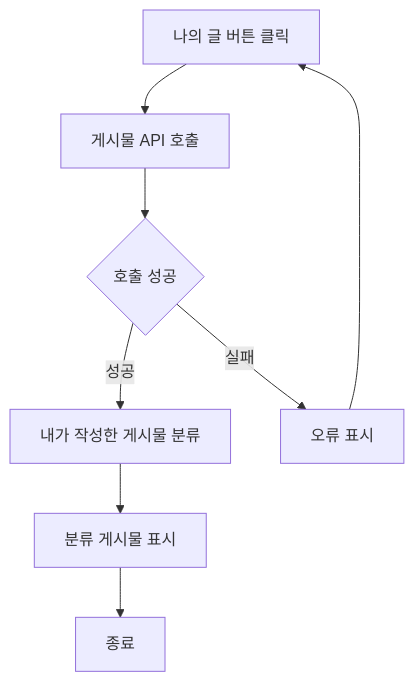
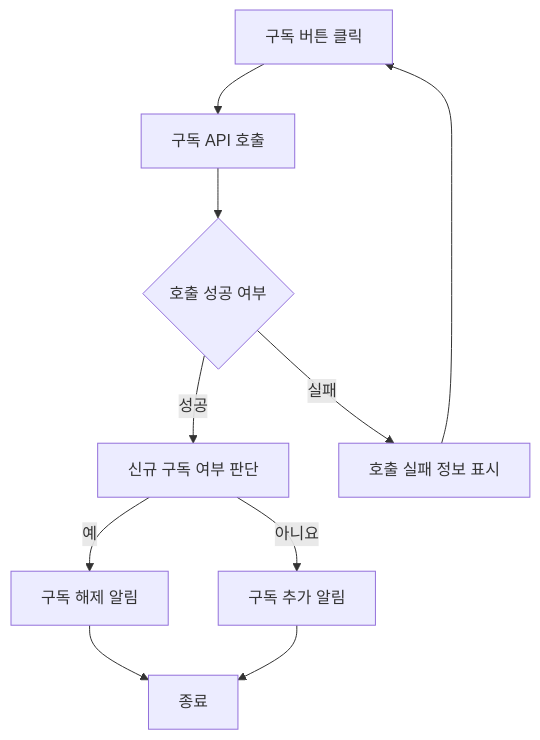
Diagram 37 of 40 in design/기능정의서.md (Dev-FE-2/3_swim_diary), drawn with Mermaid before and after one commit. The commit also changed other lines of this file and 1 other file, not shown here.

````diff
--- a/design/기능정의서.md
+++ b/design/기능정의서.md
@@ -502,10 +868,13 @@
     ```mermaid
     flowchart TD
-        A[나의 글 버튼 클릭] --> B[게시물 API 호출]
-        B --> C{호출 성공}
-        C -- 성공 -->D[내가 작성한 게시물 분류]
-        C -- 실패 -->E[오류 표시]
-        E-->A
-        D --> F[분류 게시물 표시]
+        A[구독 버튼 클릭] --> B[구독 API 호출]
+        B --> C{호출 성공 여부}
+        C -- 성공 --> D[신규 구독 여부 판단]
+        C -- 실패 --> E[호출 실패 정보 표시]
+        E --> A
+        D -- 예 --> F[구독 해제 알림]
+        D -- 아니요 --> G[구독 추가 알림]
         F --> Z[종료]
+        G --> Z[종료]
+
     ```
````
